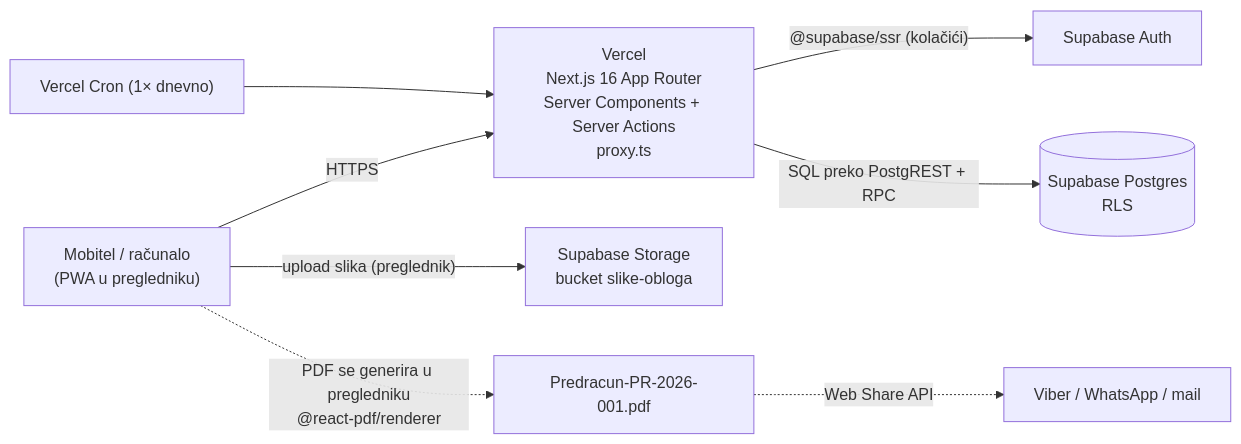
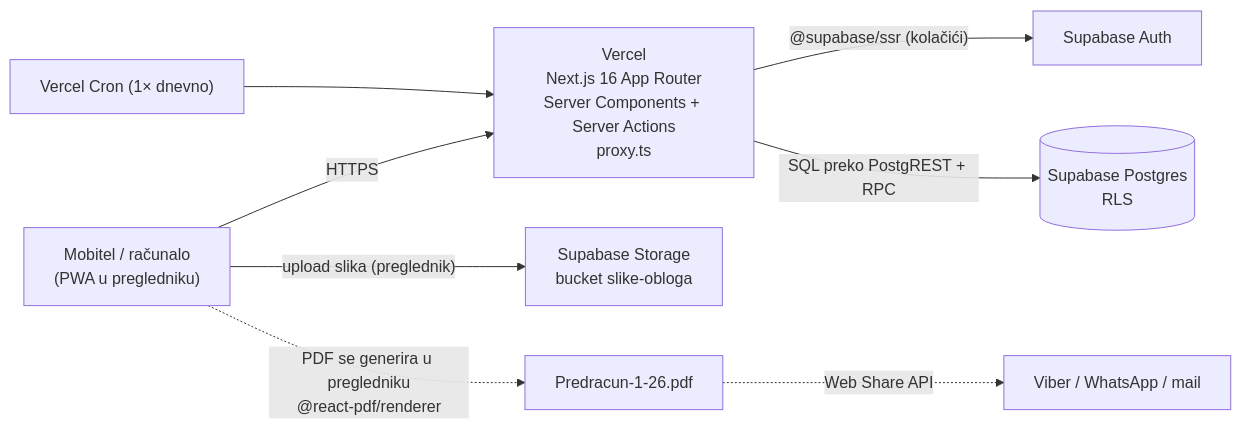
The diagram in docs/Tech.md (ramljakkresimir/obloga), drawn with Mermaid before and after one commit. The commit also changed other lines of this file and 35 other files, not shown here.

Commit message:
Match predracun PDF to Excel tamplate

````diff
--- a/docs/Tech.md
+++ b/docs/Tech.md
@@ -10,10 +10,10 @@
 ```mermaid
 flowchart LR
   M["Mobitel / računalo<br/>(PWA u pregledniku)"] -->|HTTPS| V["Vercel<br/>Next.js 16 App Router<br/>Server Components + Server Actions<br/>proxy.ts"]
   V -->|"@supabase/ssr (kolačići)"| SA["Supabase Auth"]
   V -->|"SQL preko PostgREST + RPC"| DB[("Supabase Postgres<br/>RLS")]
   M -->|"upload slika (preglednik)"| ST["Supabase Storage<br/>bucket slike-obloga"]
-  M -.->|"PDF se generira u pregledniku<br/>@react-pdf/renderer"| PDF["Predracun-PR-2026-001.pdf"]
+  M -.->|"PDF se generira u pregledniku<br/>@react-pdf/renderer"| PDF["Predracun-1-26.pdf"]
   PDF -.->|"Web Share API"| SH["Viber / WhatsApp / mail"]
   CR["Vercel Cron (1× dnevno)"] --> V
 ```
````
